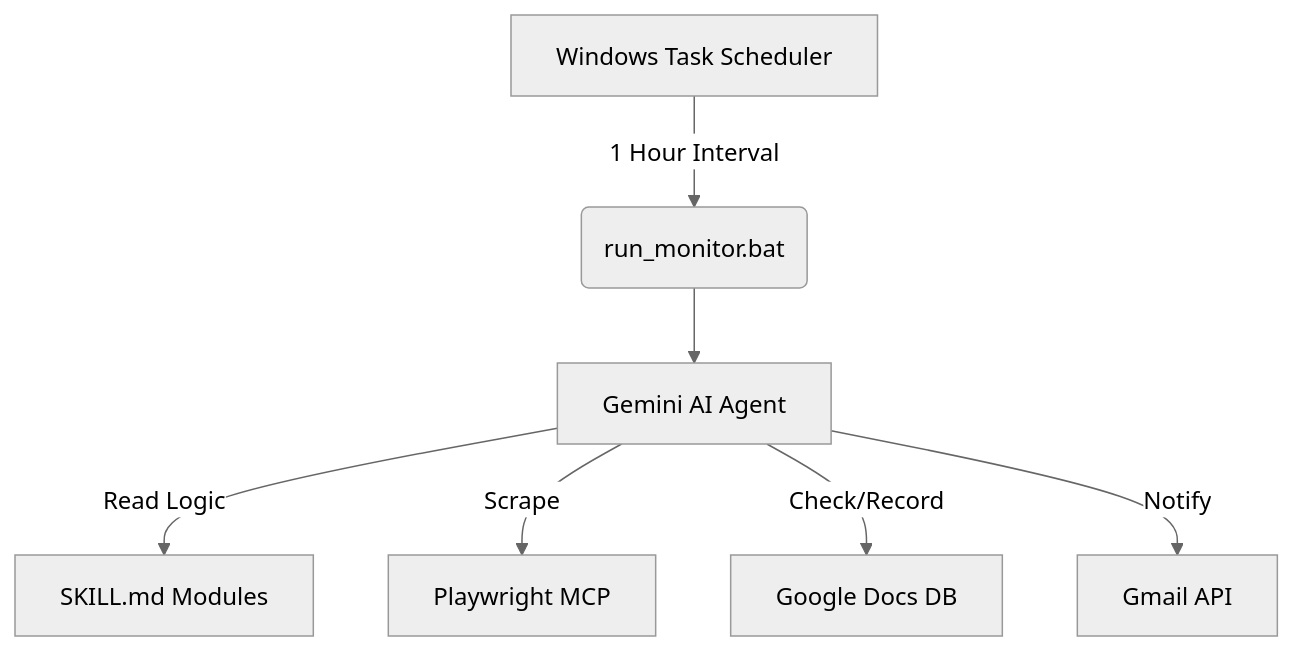
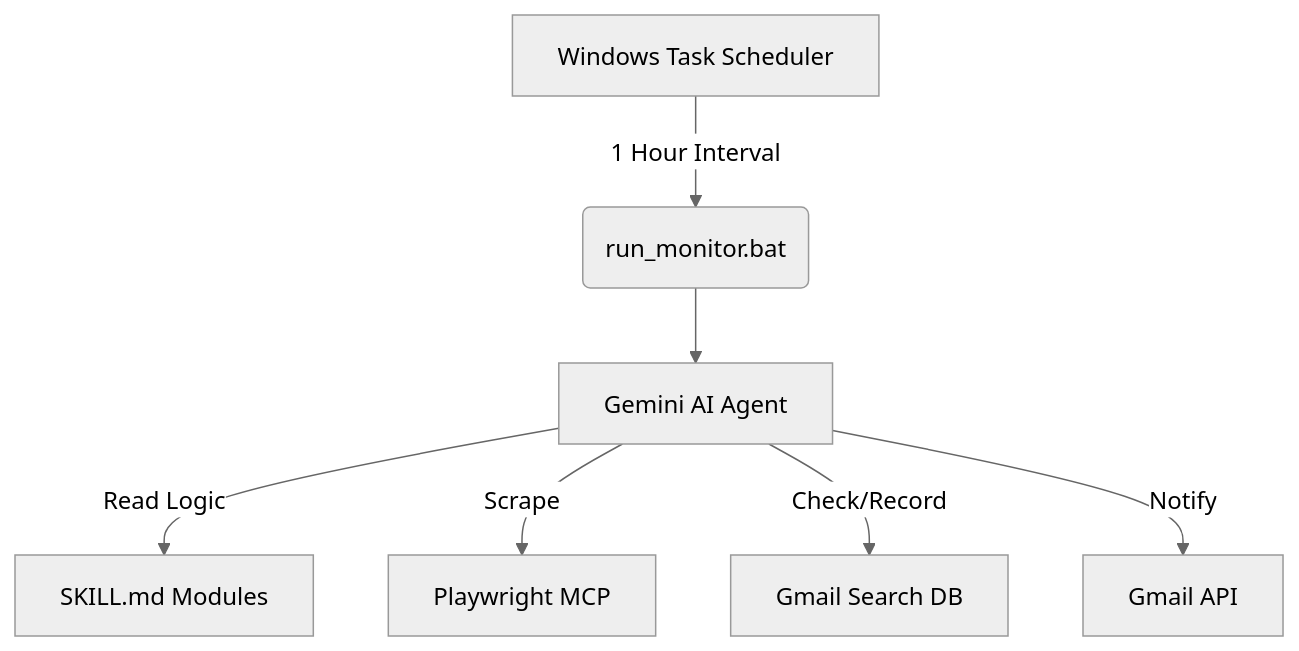
One commit to jjiiw0n/AX_datascience_FinalProject changed the diagram in README.md. Above: the diagram before and after it, drawn with Mermaid (neutral theme). The commit also changed other lines of this file and 11 other files, not shown here.

````diff
--- a/README.md
+++ b/README.md
@@ -35,9 +35,9 @@
 ```mermaid
 graph TD
     A[Windows Task Scheduler] -->|1 Hour Interval| B(run_monitor.bat)
     B --> C[Gemini AI Agent]
     C -->|Read Logic| D[SKILL.md Modules]
     C -->|Scrape| E[Playwright MCP]
-    C -->|Check/Record| F[Google Docs DB]
+    C -->|Check/Record| F[Gmail Search DB]
     C -->|Notify| G[Gmail API]
 ```
````
